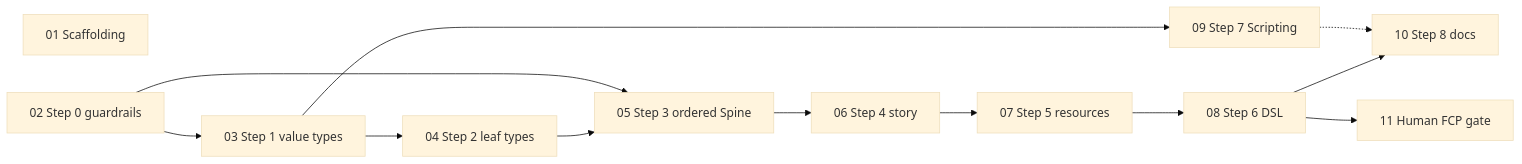
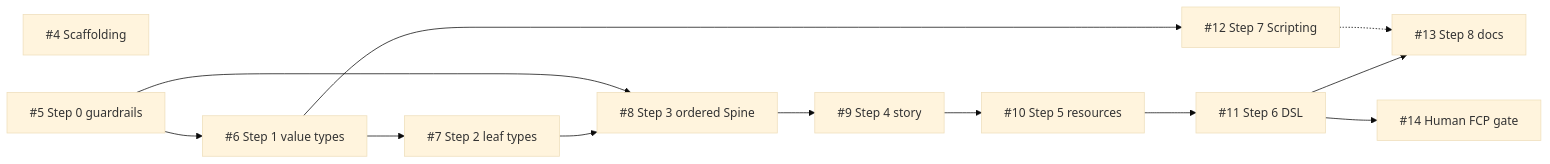
One commit to brightdigit/FCPKit changed the diagram in docs/planning/v0.1.0-worktree-plan.md. Above: the diagram before and after it, drawn with Mermaid (base theme). The commit also changed other lines of this file and 6 other files, not shown here.

````diff
--- a/docs/planning/v0.1.0-worktree-plan.md
+++ b/docs/planning/v0.1.0-worktree-plan.md
@@ -27,21 +26,21 @@
 ```mermaid
 flowchart LR
-  T01[01 Scaffolding]
-  T02[02 Step 0 guardrails]
-  T03[03 Step 1 value types]
-  T04[04 Step 2 leaf types]
-  T05[05 Step 3 ordered Spine]
-  T06[06 Step 4 story]
-  T07[07 Step 5 resources]
-  T08[08 Step 6 DSL]
-  T09[09 Step 7 Scripting]
-  T10[10 Step 8 docs]
-  T11[11 Human FCP gate]
+  T4["#4 Scaffolding"]
+  T5["#5 Step 0 guardrails"]
+  T6["#6 Step 1 value types"]
+  T7["#7 Step 2 leaf types"]
+  T8["#8 Step 3 ordered Spine"]
+  T9["#9 Step 4 story"]
+  T10["#10 Step 5 resources"]
+  T11["#11 Step 6 DSL"]
+  T12["#12 Step 7 Scripting"]
+  T13["#13 Step 8 docs"]
+  T14["#14 Human FCP gate"]
 
-  T02 --> T03 --> T04 --> T05 --> T06 --> T07 --> T08
-  T02 --> T05
-  T03 --> T09
-  T08 --> T10
-  T09 -.-> T10
-  T08 --> T11
+  T5 --> T6 --> T7 --> T8 --> T9 --> T10 --> T11
+  T5 --> T8
+  T6 --> T12
+  T11 --> T13
+  T12 -.-> T13
+  T11 --> T14
 ```
````
